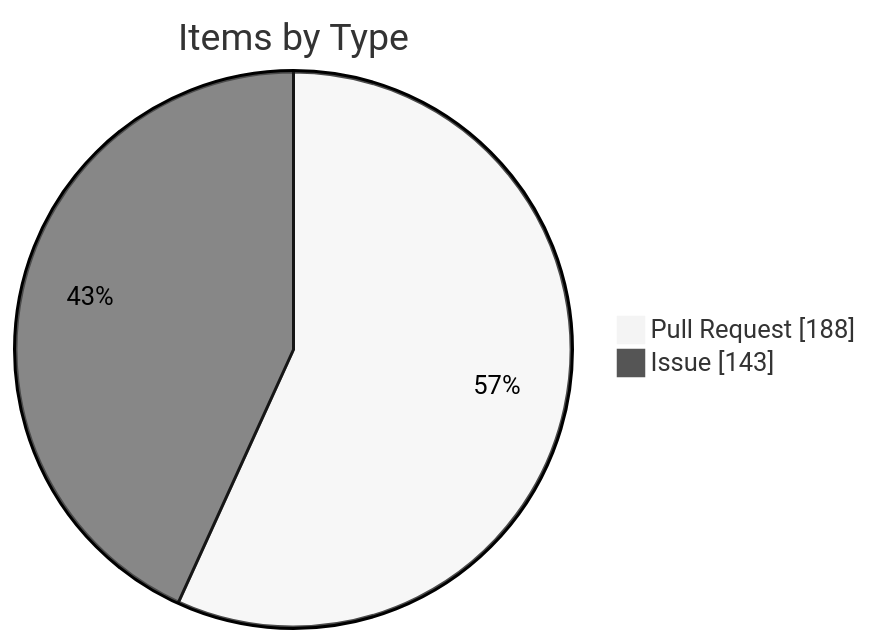
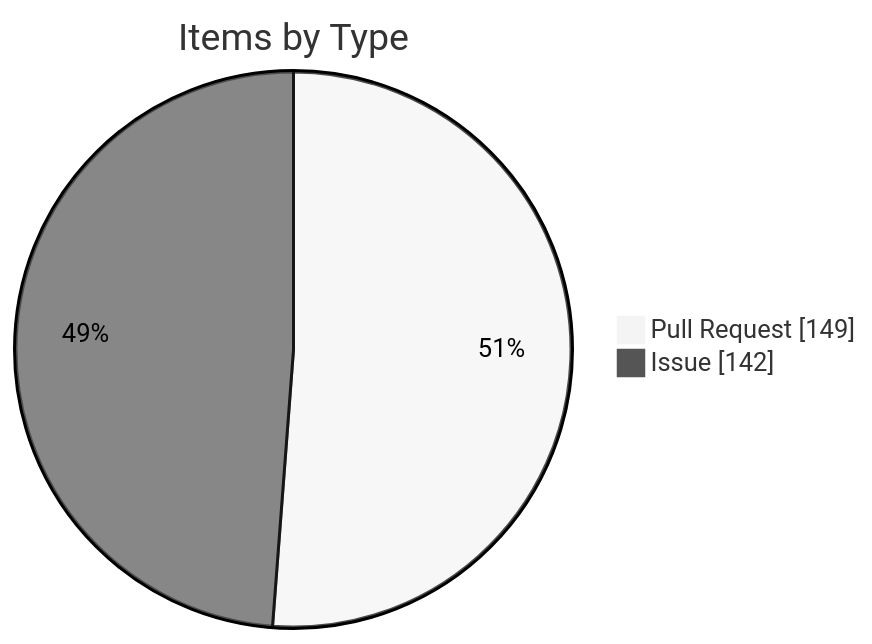
One commit to KBVE/kbve changed the fourth of 4 diagrams in apps/kbve/astro-kbve/src/content/docs/dashboard/kanban-data.mdx. Above: the diagram before and after it, drawn with Mermaid (neutral theme). The commit also changed other lines of this file and 7 other files, not shown here.

````diff
--- a/apps/kbve/astro-kbve/src/content/docs/dashboard/kanban-data.mdx
+++ b/apps/kbve/astro-kbve/src/content/docs/dashboard/kanban-data.mdx
@@ -116,6 +116,6 @@
 ```mermaid
 pie showData
     title Items by Type
-    "Pull Request" : 188
-    "Issue" : 143
+    "Pull Request" : 149
+    "Issue" : 142
 ```
````
